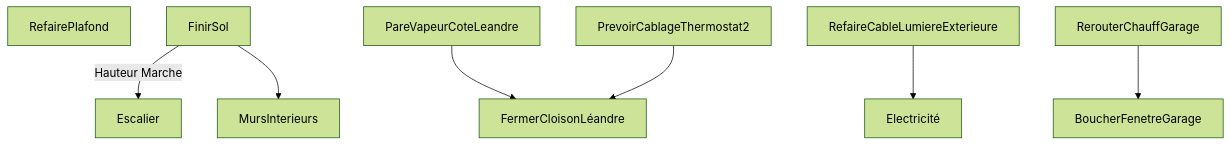
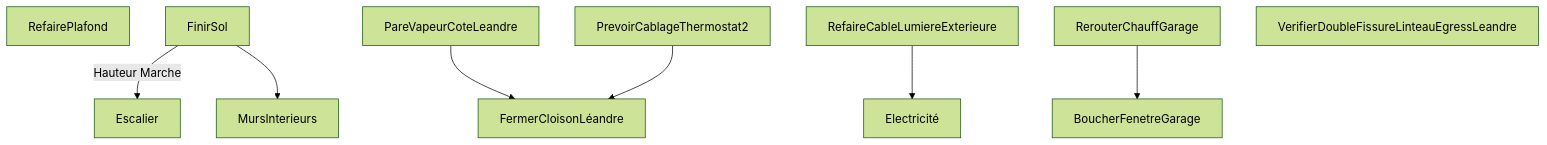
One commit to jorisdeguet/jorisdeguet.github.io changed the second of 2 diagrams in travaux.md. Above: the diagram before and after it, drawn with Mermaid (forest theme). The commit also changed other lines of this file, not shown here.

````diff
--- a/travaux.md
+++ b/travaux.md
@@ -31,13 +31,14 @@
 ```mermaid
 graph TD
     RefairePlafond
     FinirSol -- Hauteur Marche --> Escalier
     PareVapeurCoteLeandre --> FermerCloisonLéandre
     PrevoirCablageThermostat2 --> FermerCloisonLéandre
     FinirSol --> MursInterieurs
     RefaireCableLumiereExterieure --> Electricité
     RerouterChauffGarage  --> BoucherFenetreGarage
+    VerifierDoubleFissureLinteauEgressLeandre
     
 
 
 ```
````
